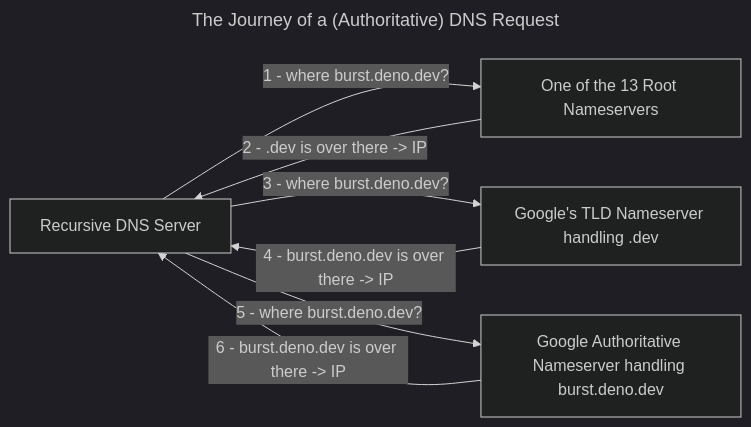
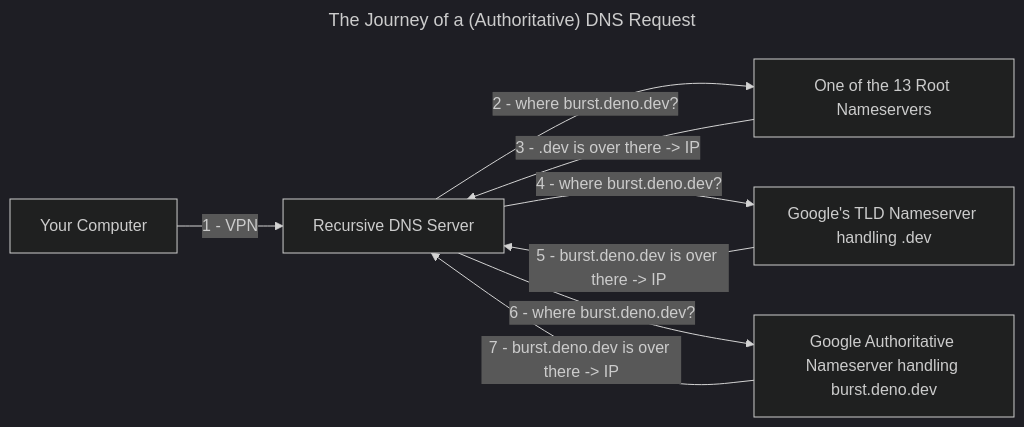
Before and after one commit to ali-layken/BurstUI: the second of 2 diagrams in posts/Build_Your_Own_VPN.md, drawn with Mermaid (dark theme). The commit also changed other lines of this file and 10 other files, not shown here.

````diff
--- a/posts/Build_Your_Own_VPN.md
+++ b/posts/Build_Your_Own_VPN.md
@@ -88,17 +115,15 @@
 ```mermaid
 ---
 title: The Journey of a (Authoritative) DNS Request
 ---
 graph LR
-    RecurDNS[Recursive DNS Server]  -->|1 - where burst.deno.dev?| RootDNS[One of the 13 Root Nameservers]
-    RootDNS  -->|2 - .dev is over there -> IP| RecurDNS
+    Visitor[Your Computer]  -->|1 - VPN| RecurDNS[Recursive DNS Server]
+    RecurDNS  -->|2 - where burst.deno.dev?| RootDNS[One of the 13 Root Nameservers]
+    RootDNS  -->|3 - .dev is over there -> IP| RecurDNS
 
-    RecurDNS  -->|3 - where burst.deno.dev?| TLDDNS[Google's TLD Nameserver handling .dev]
-    TLDDNS  -->|4 - burst.deno.dev is over there -> IP| RecurDNS
+    RecurDNS  -->|4 - where burst.deno.dev?| TLDDNS[Google's TLD Nameserver handling .dev]
+    TLDDNS  -->|5 - burst.deno.dev is over there -> IP| RecurDNS
 
-    RecurDNS -->|5 - where burst.deno.dev?| AuthDNS[Google Authoritative Nameserver handling burst.deno.dev]
-    AuthDNS  -->|6 - burst.deno.dev is over there -> IP| RecurDNS
-
-
-    
+    RecurDNS -->|6 - where burst.deno.dev?| AuthDNS[Google Authoritative Nameserver handling burst.deno.dev]
+    AuthDNS  -->|7 - burst.deno.dev is over there -> IP| RecurDNS
 ```
````
